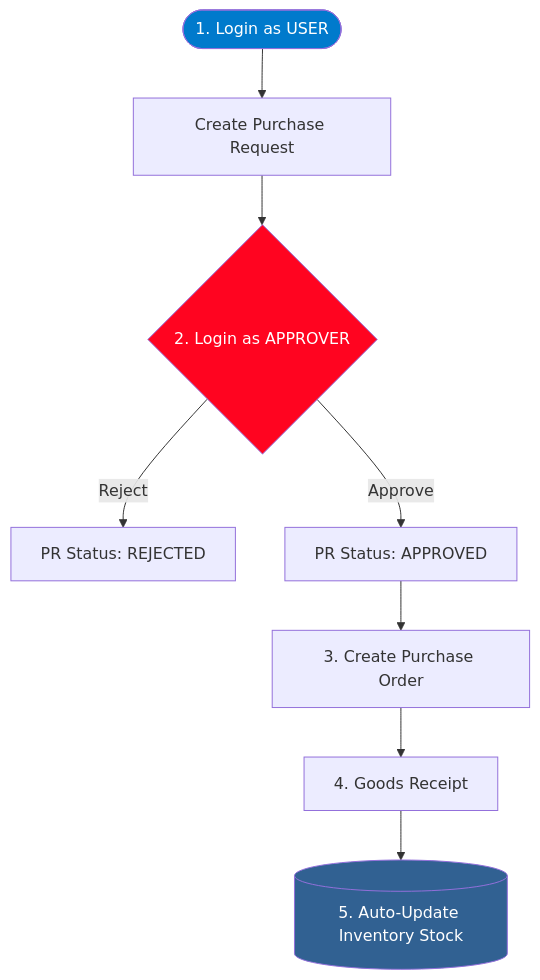
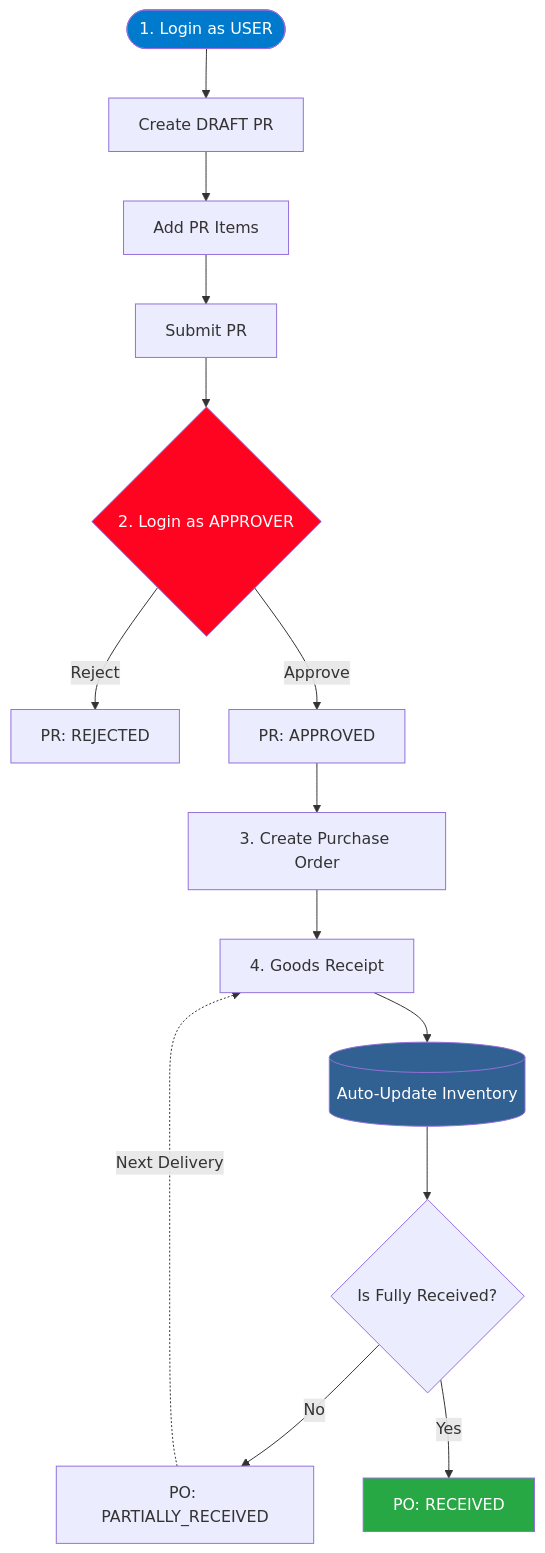
Before and after one commit to rynsh1506/backend-technical-test-muhammad-riyansyah: the first of 2 diagrams in README.md, drawn with Mermaid. The commit also changed other lines of this file, not shown here.

Commit message:
docs: refine flowchart and clean up ERD spaghetti lines

````diff
--- a/README.md
+++ b/README.md
@@ -54,14 +54,21 @@
 ```mermaid
 flowchart TD
-    A([1. Login as USER]) --> B[Create Purchase Request]
-    B --> C{2. Login as APPROVER}
-    C -->|Reject| D[PR Status: REJECTED]
-    C -->|Approve| E[PR Status: APPROVED]
+    A([1. Login as USER]) --> B[Create DRAFT PR]
+    B --> B1[Add PR Items]
+    B1 --> B2[Submit PR]
+    B2 --> C{2. Login as APPROVER}
+    C -->|Reject| D[PR: REJECTED]
+    C -->|Approve| E[PR: APPROVED]
     E --> F[3. Create Purchase Order]
     F --> G[4. Goods Receipt]
-    G --> H[(5. Auto-Update Inventory Stock)]
+    G --> H[(Auto-Update Inventory)]
+    H --> I{Is Fully Received?}
+    I -->|No| J[PO: PARTIALLY_RECEIVED]
+    J -.->|Next Delivery| G
+    I -->|Yes| K[PO: RECEIVED]
 
     style A fill:#007ACC,color:#fff
     style C fill:#FF0420,color:#fff
     style H fill:#316192,color:#fff
+    style K fill:#28a745,color:#fff
 ```
````
